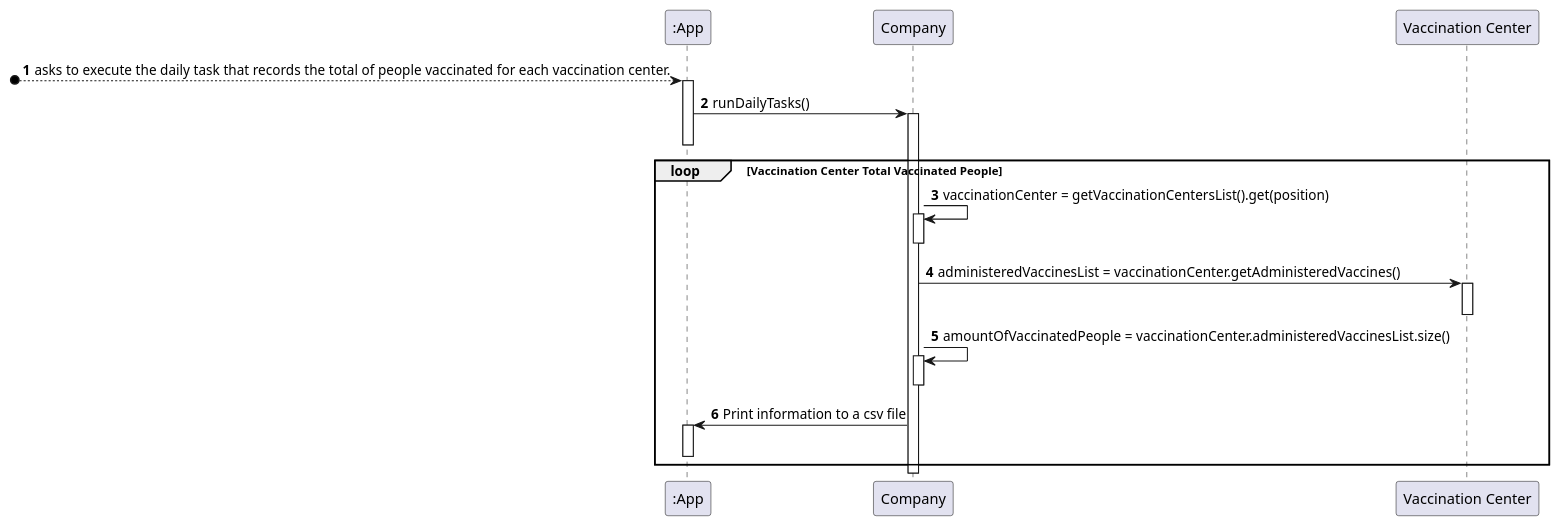
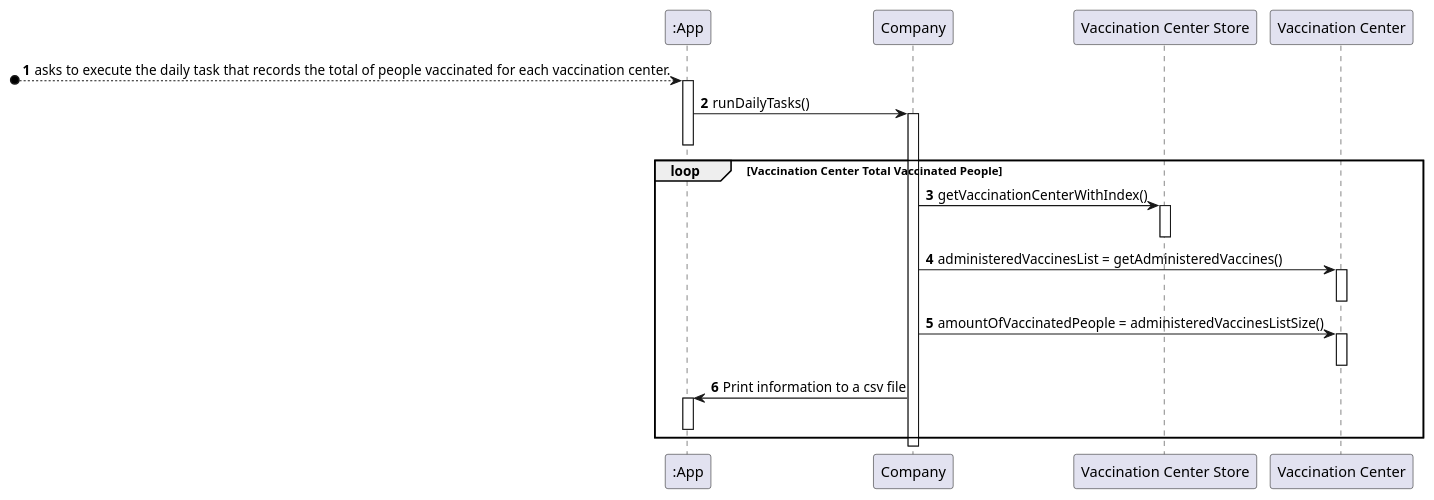
One commit to Pirussa/lei-22-s2-1da-g02 changed the diagram in docs/SprintD/US006/US006_SD.puml. Above: the diagram before and after it, drawn with PlantUML. The commit also changed 8 other files, not shown here.

Commit message:
US006 - Documentation - Diagrams - Design - Updates in pretty much every diagram, and some on the written documentation.

```diff
--- a/docs/SprintD/US006/US006_SD.puml
+++ b/docs/SprintD/US006/US006_SD.puml
@@ -1,31 +1,35 @@
 @startuml
 
 autonumber
 
 participant ":App" as A
 participant "Company" as C
+participant "Vaccination Center Store" as VCS
 participant "Vaccination Center" as VC
+
 
 
 
 [o--> A :asks to execute the daily task that records the total of people vaccinated for each vaccination center.
 activate A
 A -> C : runDailyTasks()
 activate C
 deactivate A
 loop Vaccination Center Total Vaccinated People
-C -> C : vaccinationCenter = getVaccinationCentersList().get(position)
-activate C
-deactivate C
-C->VC :   administeredVaccinesList = vaccinationCenter.getAdministeredVaccines()
+C -> VCS : getVaccinationCenterWithIndex()
+activate VCS
+deactivate VCS
+C->VC :   administeredVaccinesList = getAdministeredVaccines()
 activate VC
 deactivate VC
-C -> C : amountOfVaccinatedPeople = vaccinationCenter.administeredVaccinesList.size()
-activate C
-deactivate C
+
+C -> VC : amountOfVaccinatedPeople = administeredVaccinesListSize()
+
+activate VC
+deactivate VC
 C -> A : Print information to a csv file
 activate A
 deactivate A
 end
 
 @enduml
```
